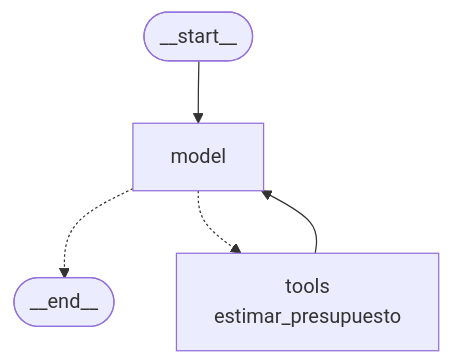
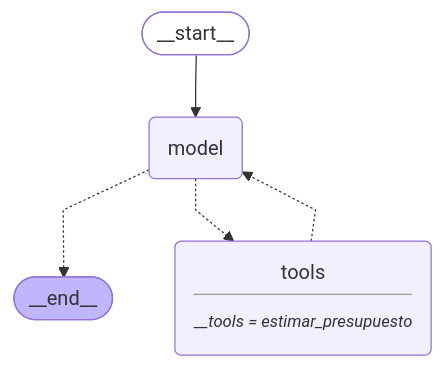
One commit to aleexng1/agentic-ia-grupo-05 changed the diagram in taller-01-c2/documento-eduardo.md. Above: the diagram before and after it, drawn with Mermaid. The commit also changed other lines of this file and 1 other file, not shown here.

Commit message:
c2t1: corrige evidencia y diagrama real de Eduardo

````diff
--- a/taller-01-c2/documento-eduardo.md
+++ b/taller-01-c2/documento-eduardo.md
@@ -52,8 +52,19 @@
 ```mermaid
-graph TD
-    __start__([__start__]) --> model
-    model -.-> __end__([__end__])
-    model -.-> tools
-    tools --> model
-    tools["tools<br/>estimar_presupuesto"]
+---
+config:
+  flowchart:
+    curve: linear
+---
+graph TD;
+        __start__([<p>__start__</p>]):::first
+        model(model)
+        tools(tools<hr/><small><em>__tools = estimar_presupuesto</em></small>)
+        __end__([<p>__end__</p>]):::last
+        __start__ --> model;
+        model -.-> __end__;
+        model -.-> tools;
+        tools -.-> model;
+        classDef default fill:#f2f0ff,line-height:1.2
+        classDef first fill-opacity:0
+        classDef last fill:#bfb6fc
 ```
````
